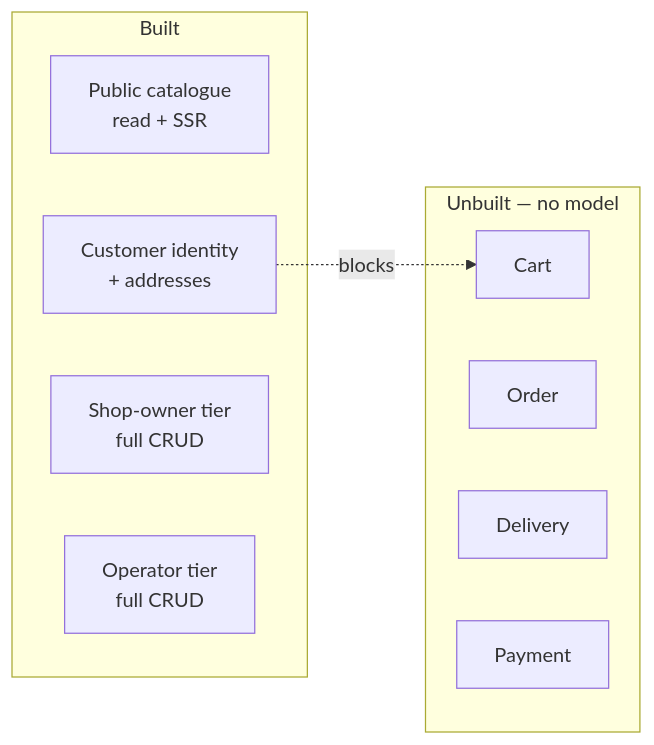
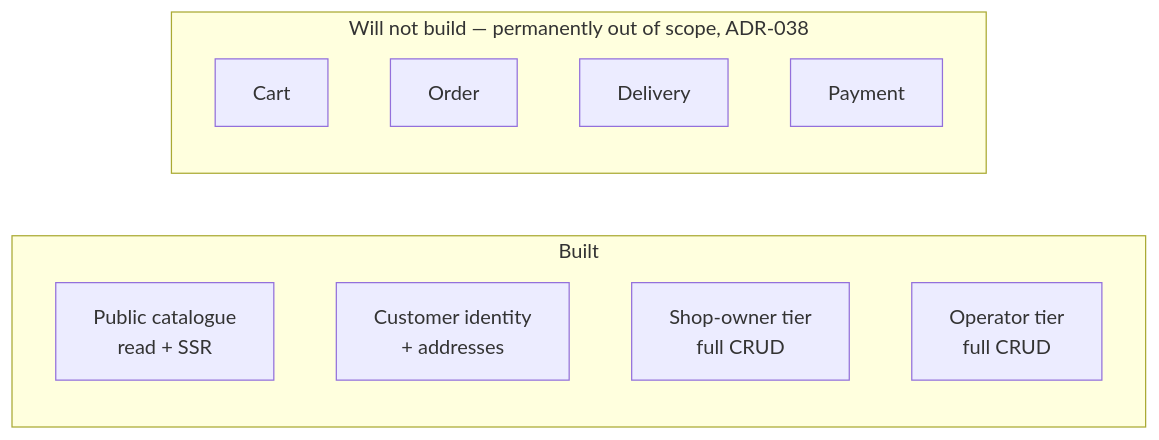
One commit to Axiumine/fullstack-marketplace-blueprint changed the first of 2 diagrams in docs/devprotocol/phase1/PDR.md. Above: the diagram before and after it, drawn with Mermaid. The commit also changed other lines of this file and 33 other files, not shown here.

````diff
--- a/docs/devprotocol/phase1/PDR.md
+++ b/docs/devprotocol/phase1/PDR.md
@@ -34,16 +35,15 @@
 ```mermaid
 graph LR
   subgraph Built [Built]
     A[Public catalogue<br/>read + SSR]
     B[Customer identity<br/>+ addresses]
     C[Shop-owner tier<br/>full CRUD]
     D[Operator tier<br/>full CRUD]
   end
-  subgraph Unbuilt [Unbuilt — no model]
+  subgraph OutOfScope [Will not build — permanently out of scope, ADR-038]
     E[Cart]
     F[Order]
     G[Delivery]
     H[Payment]
   end
-  B -.blocks.-> E
 ```
````
